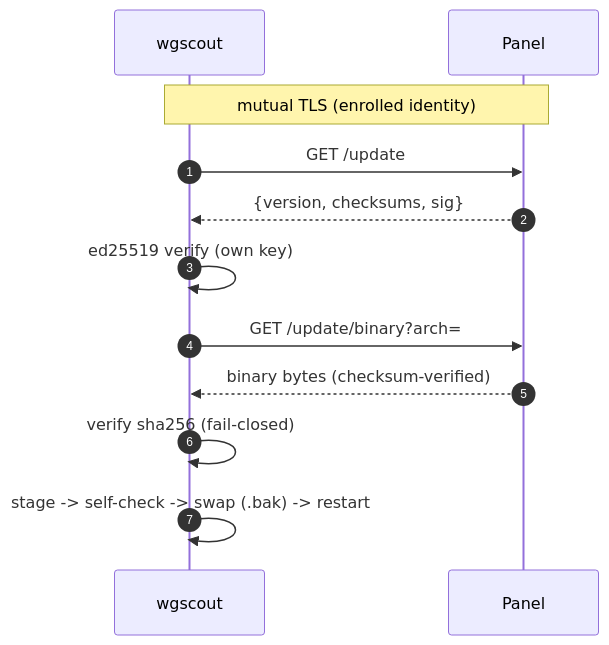
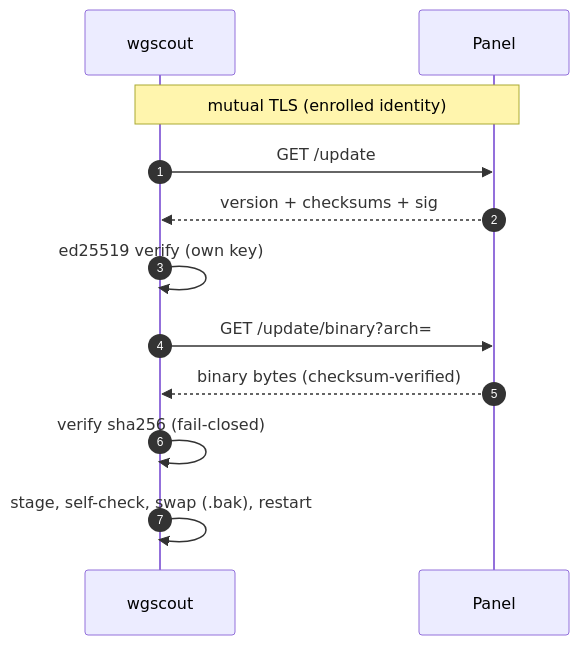
Before and after one commit to packalyst/wireguard-admin-panel: the fifth of 6 diagrams in README.md, drawn with Mermaid. The commit also changed other lines of this file, not shown here.

First line of the commit message:
fix(docs): sanitize mermaid diagrams so they render (no "->"/"{}" in labels)

````diff
--- a/README.md
+++ b/README.md
@@ -195,14 +195,14 @@
 ```mermaid
 sequenceDiagram
     autonumber
     participant Agent as wgscout
     participant Panel as Panel
     Note over Agent,Panel: mutual TLS (enrolled identity)
     Agent->>Panel: GET /update
-    Panel-->>Agent: {version, checksums, sig}
+    Panel-->>Agent: version + checksums + sig
     Agent->>Agent: ed25519 verify (own key)
     Agent->>Panel: GET /update/binary?arch=
     Panel-->>Agent: binary bytes (checksum-verified)
     Agent->>Agent: verify sha256 (fail-closed)
-    Agent->>Agent: stage -> self-check -> swap (.bak) -> restart
+    Agent->>Agent: stage, self-check, swap (.bak), restart
 ```
````
